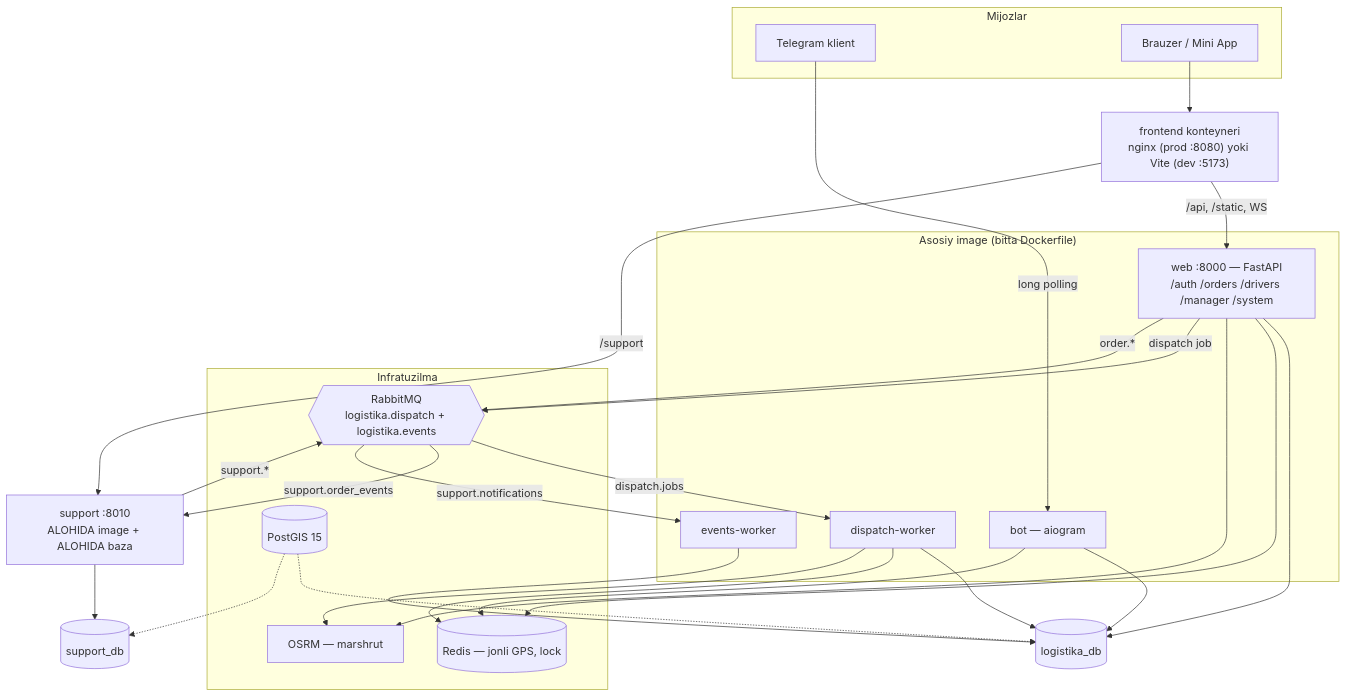
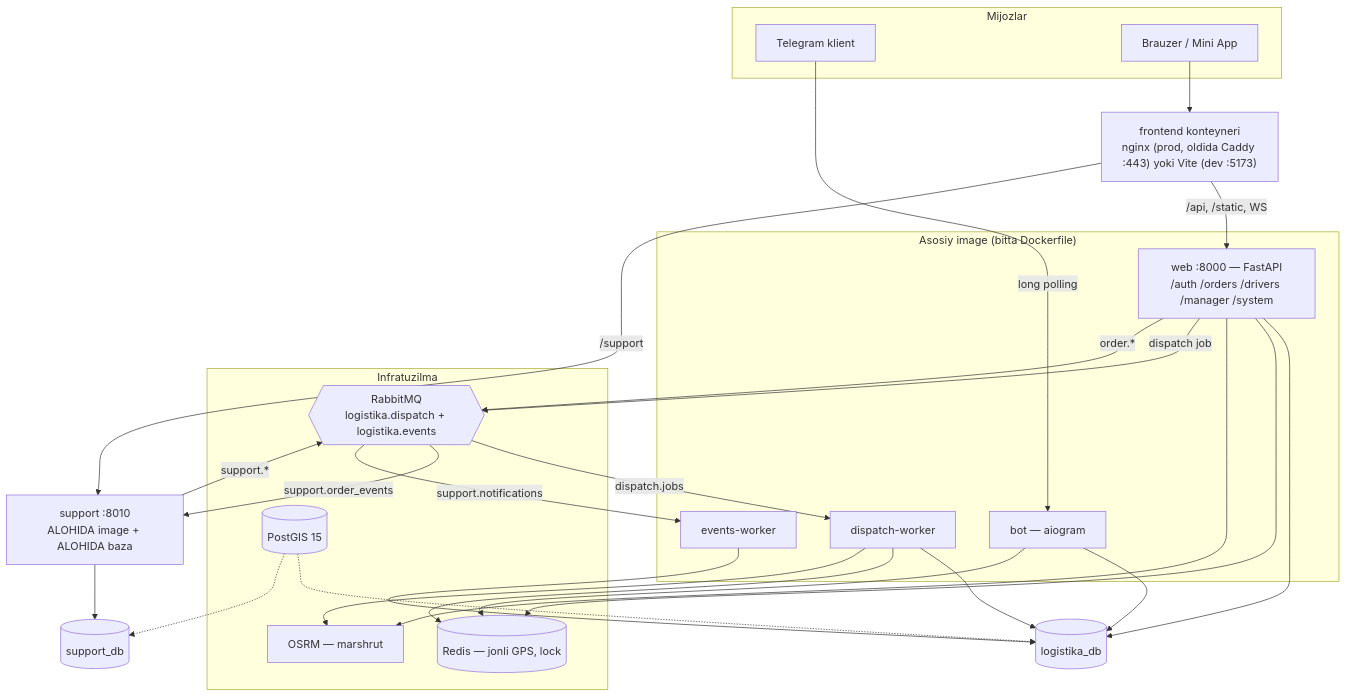
One commit to abdumannon-rabbimqulov/Logistika_bot changed the diagram in docs/LOYIHA.md. Above: the diagram before and after it, drawn with Mermaid. The commit also changed other lines of this file and 21 other files, not shown here.

````diff
--- a/docs/LOYIHA.md
+++ b/docs/LOYIHA.md
@@ -304,54 +307,54 @@
 ```mermaid
 flowchart TB
   subgraph mijoz [Mijozlar]
     TG["Telegram klient"]
     BR["Brauzer / Mini App"]
   end
 
-  EDGE["frontend konteyneri<br/>nginx (prod :8080) yoki Vite (dev :5173)"]
+  EDGE["frontend konteyneri<br/>nginx (prod, oldida Caddy :443) yoki Vite (dev :5173)"]
 
   subgraph yadro ["Asosiy image (bitta Dockerfile)"]
     WEB["web :8000 — FastAPI<br/>/auth /orders /drivers /manager /system"]
     BOT["bot — aiogram"]
     DW["dispatch-worker"]
     EW["events-worker"]
   end
 
   SUP["support :8010<br/>ALOHIDA image + ALOHIDA baza"]
 
   subgraph infra [Infratuzilma]
     MQ{{"RabbitMQ<br/>logistika.dispatch + logistika.events"}}
     RDS[("Redis — jonli GPS, lock")]
     PG[("PostGIS 15")]
     OSRM["OSRM — marshrut"]
   end
 
   PGA[("logistika_db")]
   PGS[("support_db")]
 
   TG -->|long polling| BOT
   BR --> EDGE
   EDGE -->|"/api, /static, WS"| WEB
   EDGE -->|"/support"| SUP
 
   WEB --> PGA
   BOT --> PGA
   DW --> PGA
   EW --> PGA
   SUP --> PGS
   PG -.-> PGA
   PG -.-> PGS
 
   WEB --> RDS
   BOT --> RDS
   DW --> RDS
   WEB --> OSRM
   DW --> OSRM
 
   WEB -->|dispatch job| MQ
   MQ -->|dispatch.jobs| DW
   WEB -->|"order.*"| MQ
   MQ -->|support.order_events| SUP
   SUP -->|"support.*"| MQ
   MQ -->|support.notifications| EW
 ```
````
